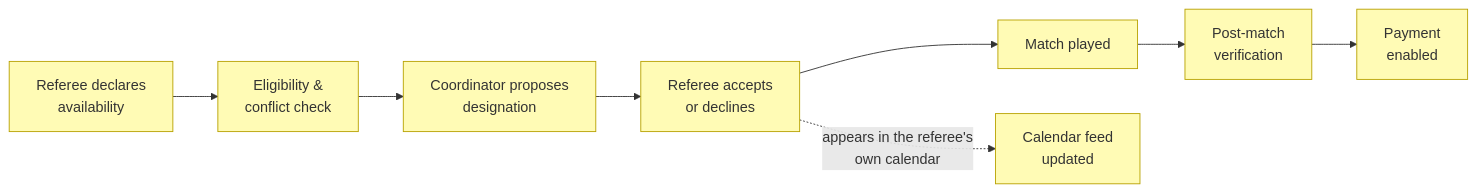
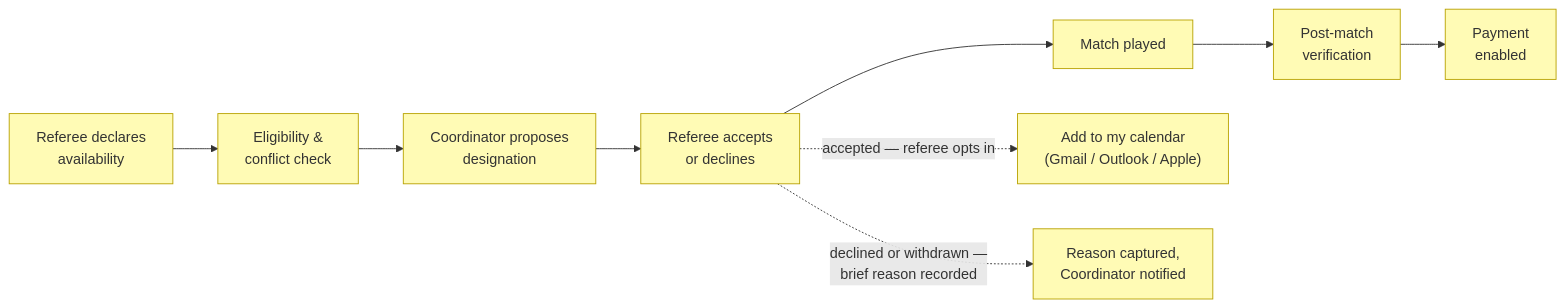
The seventh of 11 diagrams in docs/ea/2_business/3_business-processes.md (DataME2/ia-architect), drawn with Mermaid before and after one commit. The commit also changed other lines of this file and 7 other files, not shown here.

````diff
--- a/docs/ea/2_business/3_business-processes.md
+++ b/docs/ea/2_business/3_business-processes.md
@@ -187,15 +187,16 @@
 ```mermaid
 flowchart LR
   avail["Referee declares<br>availability"]:::business
   eligible["Eligibility &<br>conflict check"]:::business
   propose["Coordinator proposes<br>designation"]:::business
   respond["Referee accepts<br>or declines"]:::business
   play["Match played"]:::business
   verify["Post-match<br>verification"]:::business
   pay["Payment<br>enabled"]:::business
 
   avail --> eligible --> propose --> respond --> play --> verify --> pay
-  respond -.->|appears in the referee's<br>own calendar| calendar["Calendar feed<br>updated"]:::business
+  respond -.->|accepted — referee opts in| calendar["Add to my calendar<br>(Gmail / Outlook / Apple)"]:::business
+  respond -.->|declined or withdrawn —<br>brief reason recorded| reason["Reason captured,<br>Coordinator notified"]:::business
 
   classDef business fill:#fffbb5,stroke:#b8a200,color:#333
 ```
````
